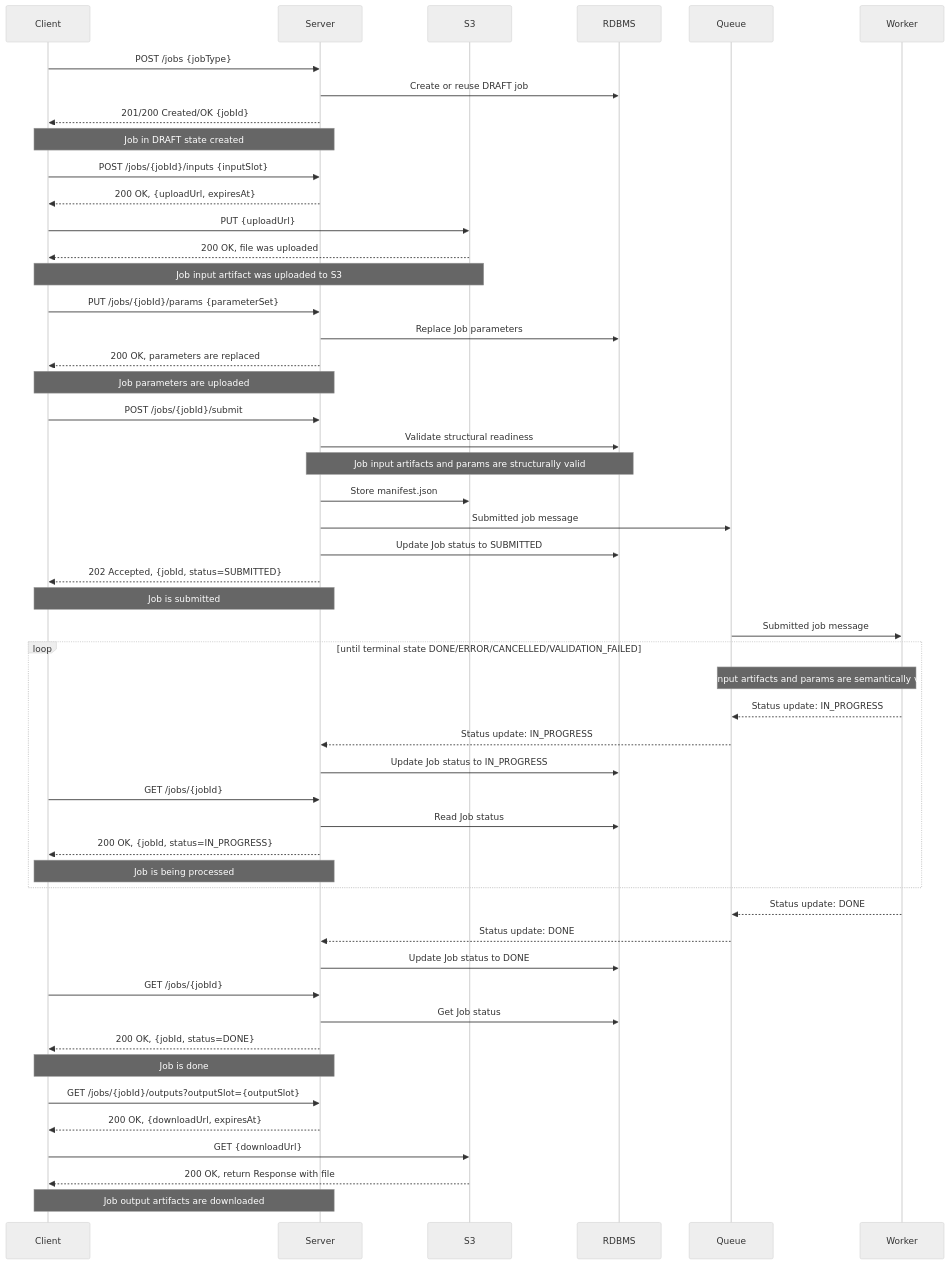
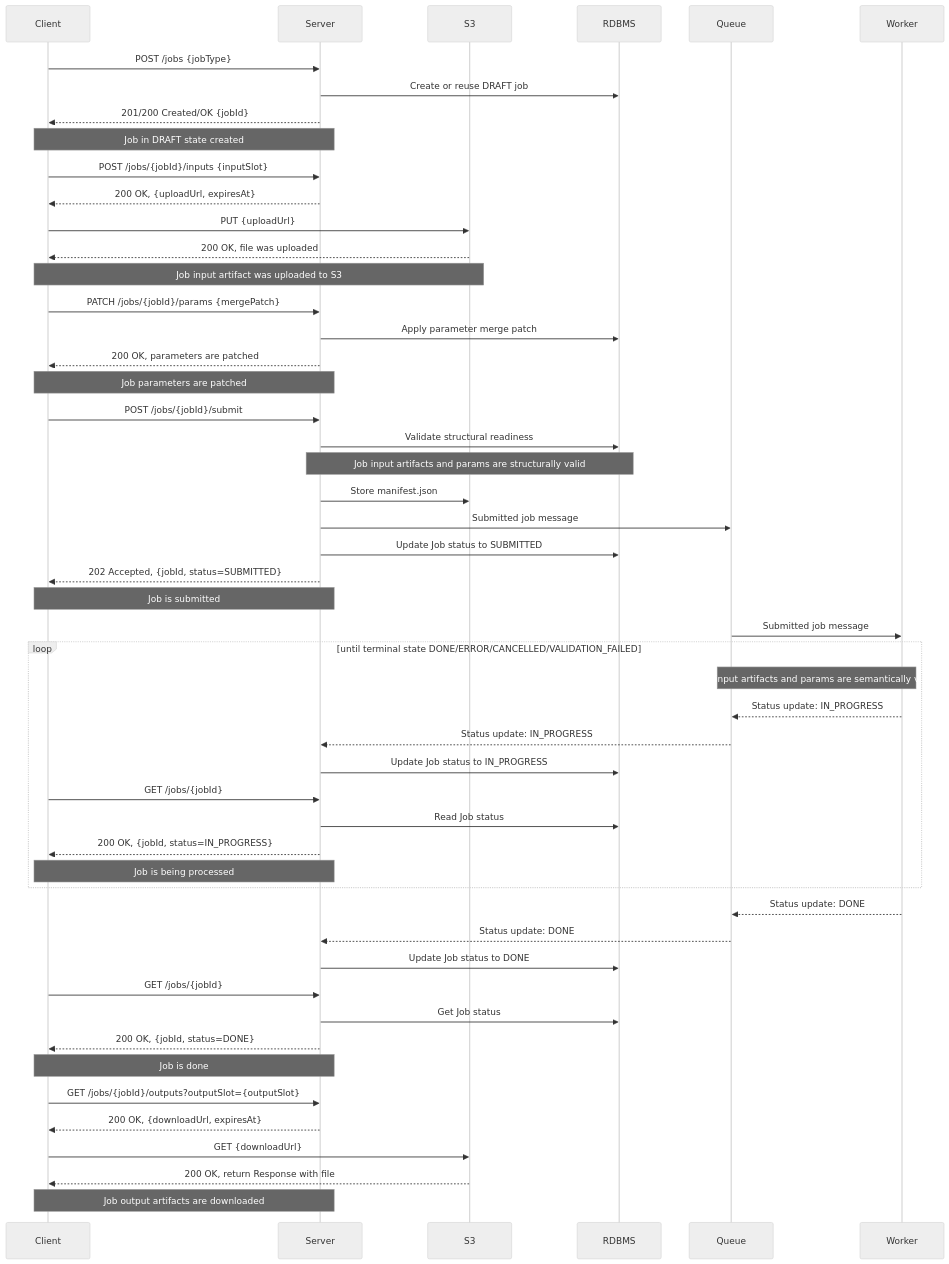
The second of 2 diagrams in ARCHITECTURE.md (oleksiy-sayankin/mdds), drawn with Mermaid (neutral theme) before and after one commit. The commit also changed other lines of this file, not shown here.

Commit message:
MDDS-331 Replace `PUT /jobs/{jobId}/params` with `PATCH /jobs/{jobId}/params` in documentation

````diff
--- a/ARCHITECTURE.md
+++ b/ARCHITECTURE.md
@@ -184,57 +184,57 @@
 ```mermaid
 sequenceDiagram
     participant Client
     participant Server
     participant S3
     participant RDBMS
     participant Queue
     participant Worker
     Client->>Server: POST /jobs {jobType}
     Server->>RDBMS: Create or reuse DRAFT job
     Server-->>Client: 201/200 Created/OK {jobId}
     Note over Client, Server: Job in DRAFT state created
     Client->>Server: POST /jobs/{jobId}/inputs {inputSlot}
     Server-->>Client: 200 OK, {uploadUrl, expiresAt}
     Client->>S3: PUT {uploadUrl}
     S3-->>Client: 200 OK, file was uploaded
     Note over Client, S3: Job input artifact was uploaded to S3
-    Client->>Server: PUT /jobs/{jobId}/params {parameterSet}
-    Server->>RDBMS: Replace Job parameters
-    Server-->>Client: 200 OK, parameters are replaced
-    Note over Client, Server: Job parameters are uploaded
+    Client->>Server: PATCH /jobs/{jobId}/params {mergePatch}
+    Server->>RDBMS: Apply parameter merge patch
+    Server-->>Client: 200 OK, parameters are patched
+    Note over Client, Server: Job parameters are patched
     Client->>Server: POST /jobs/{jobId}/submit
     Server ->> RDBMS: Validate structural readiness
     Note over Server, RDBMS: Job input artifacts and params are structurally valid
     Server->>S3: Store manifest.json
     Server->>Queue: Submitted job message
     Server->>RDBMS: Update Job status to SUBMITTED
     Server-->>Client: 202 Accepted, {jobId, status=SUBMITTED}
     Note over Client, Server: Job is submitted
     
     Queue->>Worker: Submitted job message
     
     loop until terminal state DONE/ERROR/CANCELLED/VALIDATION_FAILED
        Note over Queue, Worker: Job input artifacts and params are semantically valid
        Worker-->>Queue: Status update: IN_PROGRESS
        Queue-->>Server: Status update: IN_PROGRESS
        Server->>RDBMS: Update Job status to IN_PROGRESS
 
        Client->>Server: GET /jobs/{jobId}
        Server->>RDBMS: Read Job status
        Server-->>Client: 200 OK, {jobId, status=IN_PROGRESS}
        
        Note over Client, Server: Job is being processed
     end
     Worker-->>Queue: Status update: DONE
     Queue-->>Server: Status update: DONE
     Server->>RDBMS: Update Job status to DONE
     Client->>Server: GET /jobs/{jobId}
     Server->>RDBMS: Get Job status
     Server-->>Client: 200 OK, {jobId, status=DONE}
     Note over Client, Server: Job is done
     Client->>Server: GET /jobs/{jobId}/outputs?outputSlot={outputSlot}
     Server-->>Client: 200 OK, {downloadUrl, expiresAt}
     Client->>S3: GET {downloadUrl}
     S3-->>Client: 200 OK, return Response with file
     Note over Client, Server: Job output artifacts are downloaded
 ```
````
